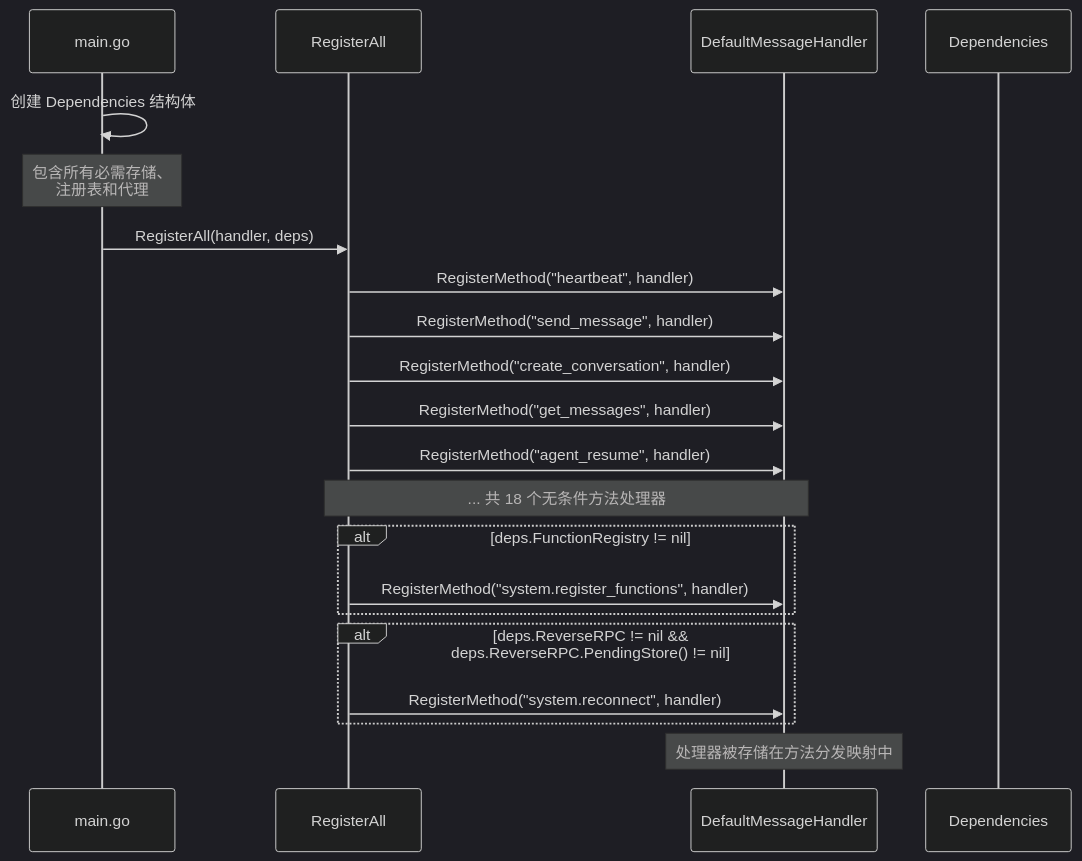
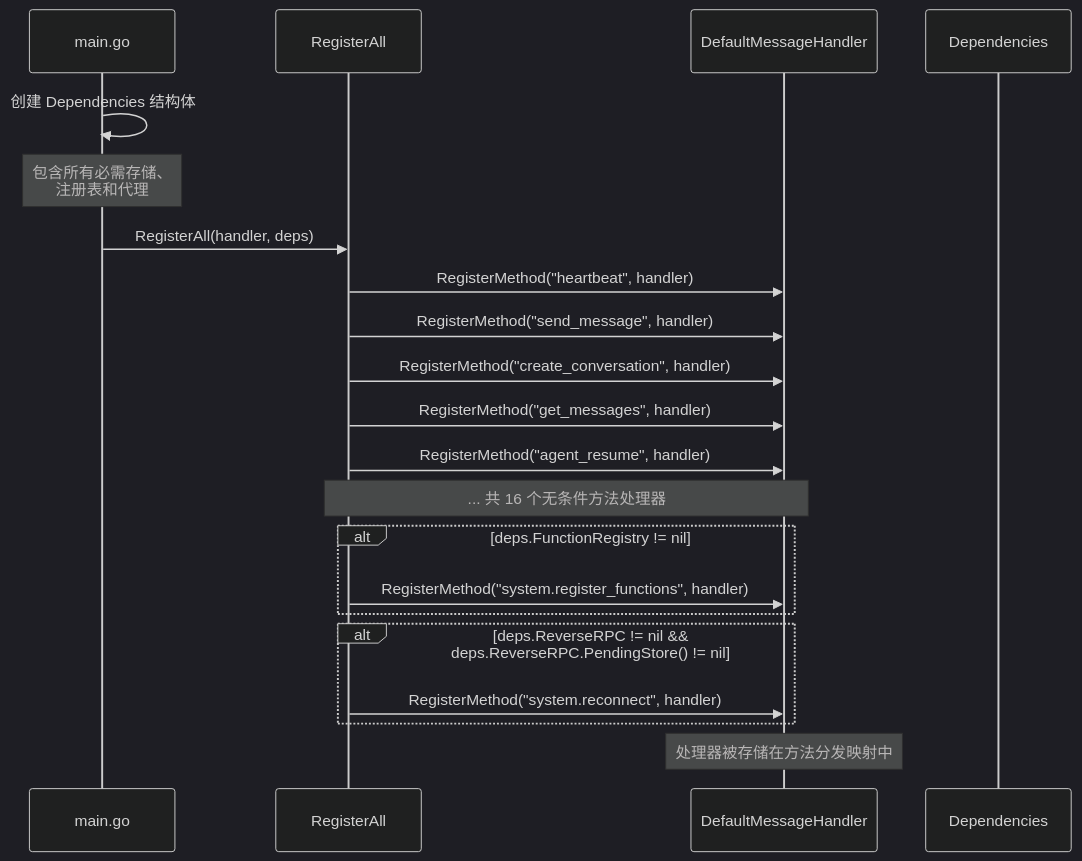
The seventh of 8 diagrams in wiki/flows/client-registration.md (PineappleBond/xyncra-server), drawn with Mermaid (dark theme) before and after one commit. The commit also changed other lines of this file and 21 other files, not shown here.

Commit message:
docs(wiki): add edge cases and fix inaccuracies across all flow documents

````diff
--- a/wiki/flows/client-registration.md
+++ b/wiki/flows/client-registration.md
@@ -561,29 +571,29 @@
 ```mermaid
 sequenceDiagram
     participant M as main.go
     participant RH as RegisterAll
     participant MH as DefaultMessageHandler
     participant Deps as Dependencies
 
     M->>M: 创建 Dependencies 结构体
     Note over M: 包含所有必需存储、<br/>注册表和代理
 
     M->>RH: RegisterAll(handler, deps)
 
     RH->>MH: RegisterMethod("heartbeat", handler)
     RH->>MH: RegisterMethod("send_message", handler)
     RH->>MH: RegisterMethod("create_conversation", handler)
     RH->>MH: RegisterMethod("get_messages", handler)
     RH->>MH: RegisterMethod("agent_resume", handler)
-    Note over RH,MH: ... 共 18 个无条件方法处理器
+    Note over RH,MH: ... 共 16 个无条件方法处理器
 
     alt deps.FunctionRegistry != nil
         RH->>MH: RegisterMethod("system.register_functions", handler)
     end
 
     alt deps.ReverseRPC != nil && deps.ReverseRPC.PendingStore() != nil
         RH->>MH: RegisterMethod("system.reconnect", handler)
     end
 
     Note over MH: 处理器被存储在方法分发映射中
 ```
````
